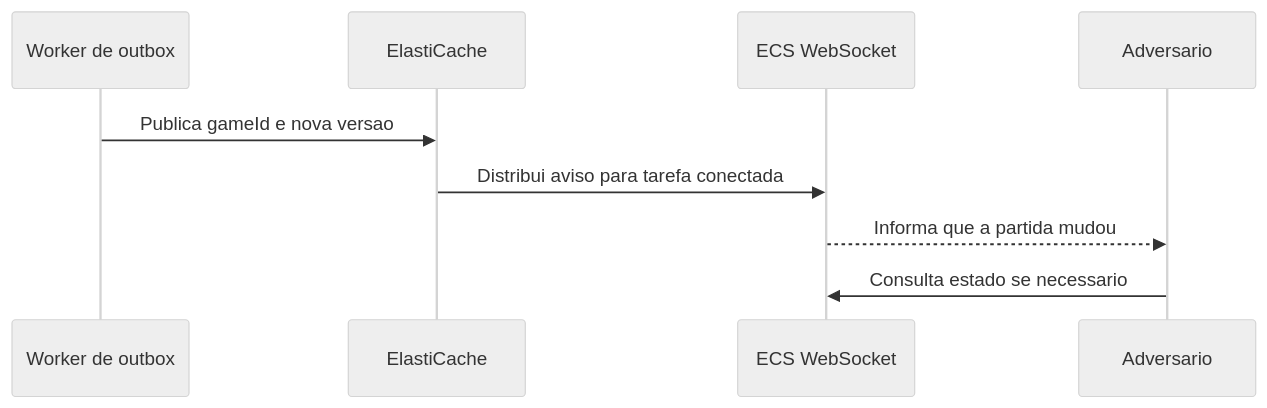
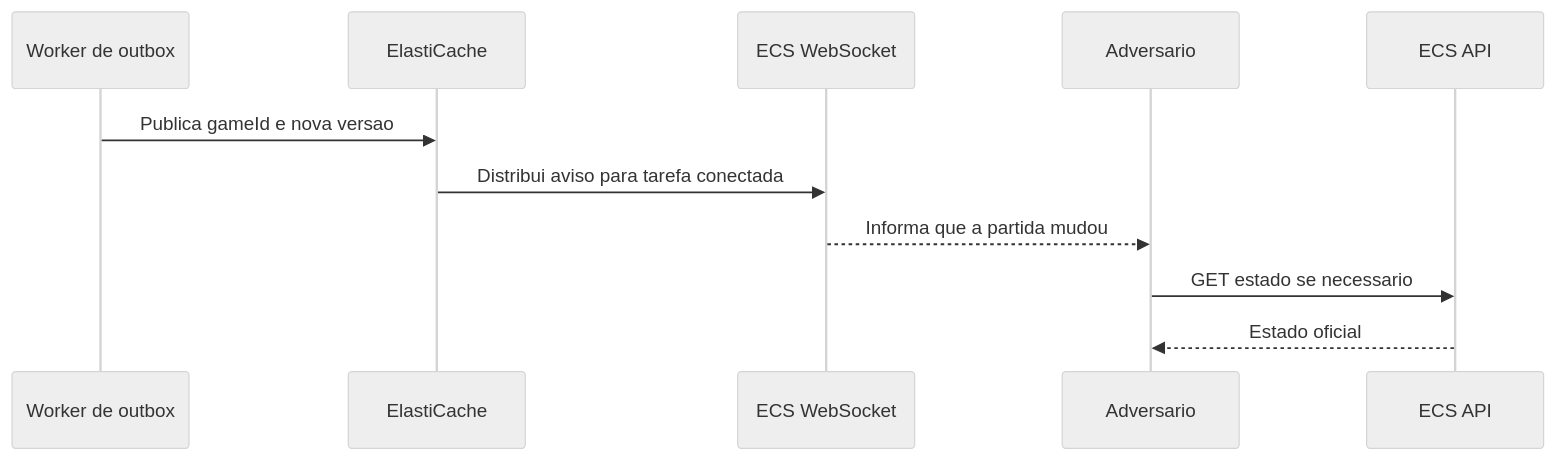
Before and after one commit to ralvesper/checkers-aws: the third of 4 diagrams in docs/diagrams/aws-deployment-global.md, drawn with Mermaid (neutral theme).

Commit message:
docs: explicitar consulta REST após aviso WebSocket

````diff
--- a/docs/diagrams/aws-deployment-global.md
+++ b/docs/diagrams/aws-deployment-global.md
@@ -90,11 +90,13 @@
 ```mermaid
 sequenceDiagram
     participant O as Worker de outbox
     participant R as ElastiCache
     participant W as ECS WebSocket
     participant B as Adversario
+    participant API as ECS API
     O->>R: Publica gameId e nova versao
     R->>W: Distribui aviso para tarefa conectada
     W-->>B: Informa que a partida mudou
-    B->>W: Consulta estado se necessario
+    B->>API: GET estado se necessario
+    API-->>B: Estado oficial
 ```
````
